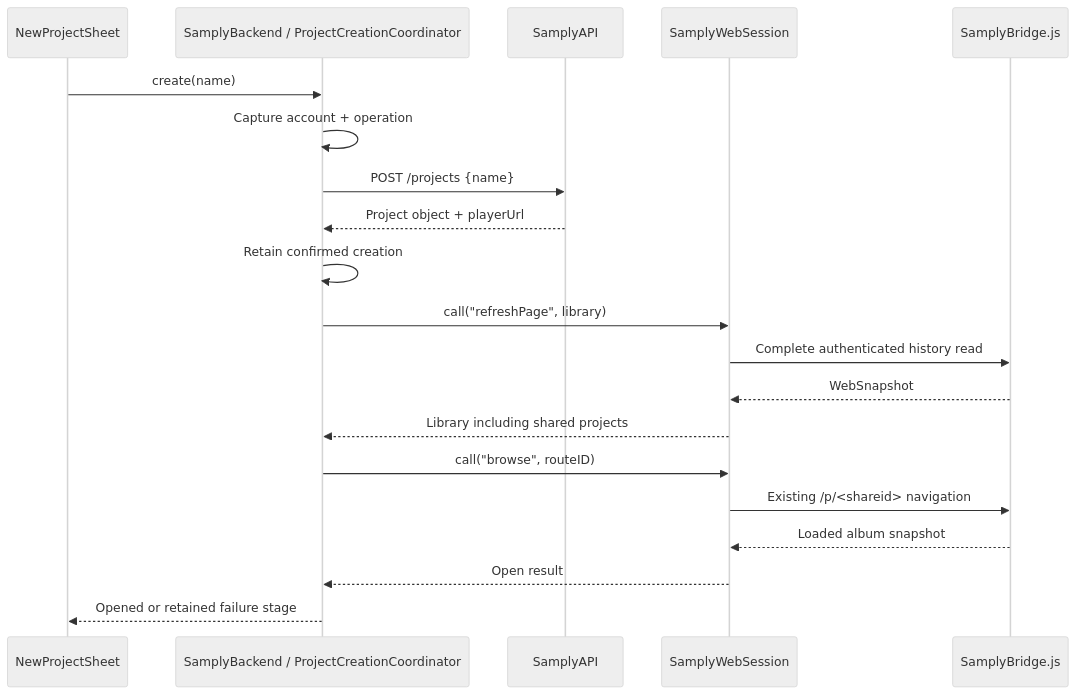
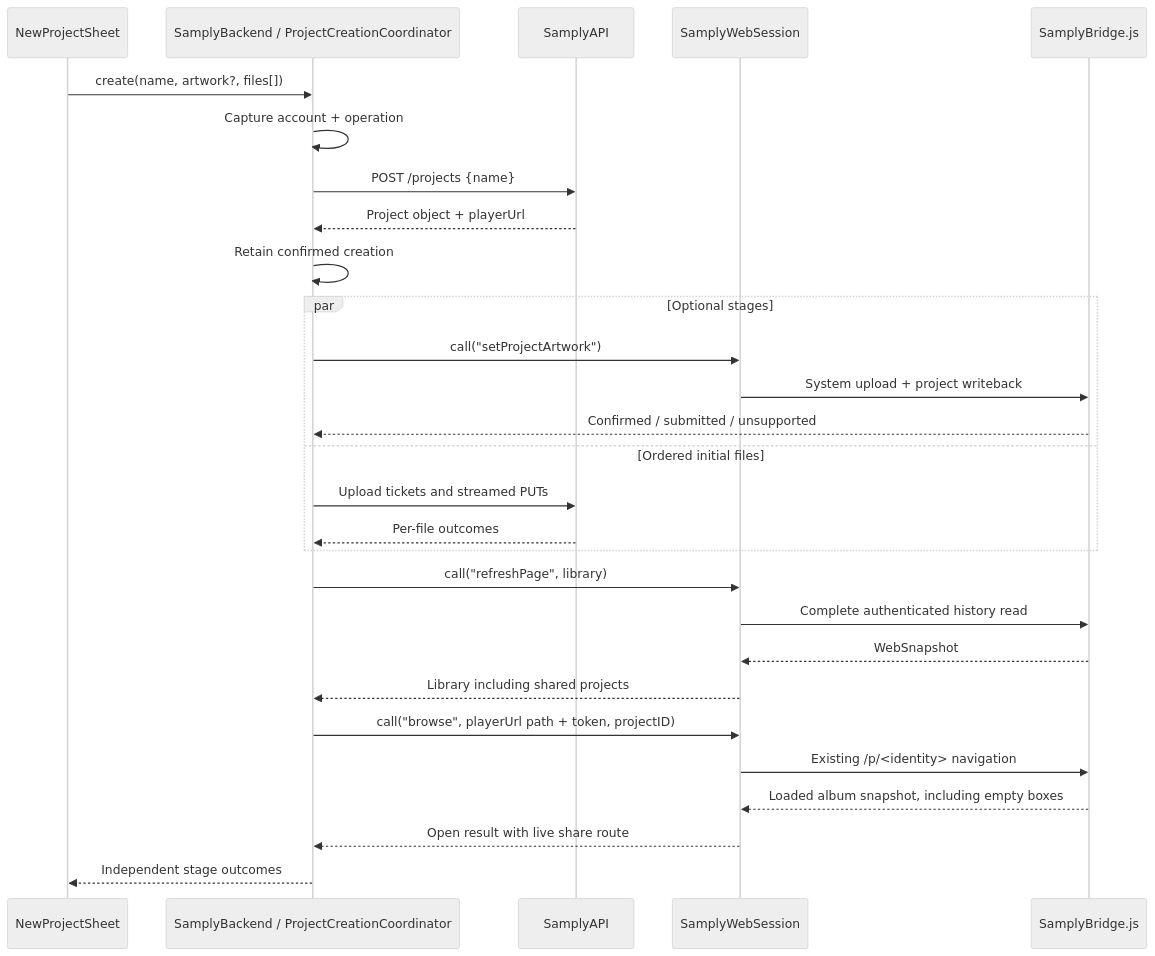
Before and after one commit to ChrisLloydME/Tunes: the third of 3 diagrams in Docs/Architecture.md, drawn with Mermaid (neutral theme). The commit also changed other lines of this file and 4 other files, not shown here.

Commit message:
docs: document artwork and staged project uploads

````diff
--- a/Docs/Architecture.md
+++ b/Docs/Architecture.md
@@ -131,22 +131,30 @@
 ```mermaid
 sequenceDiagram
     participant V as NewProjectSheet
     participant B as SamplyBackend / ProjectCreationCoordinator
     participant A as SamplyAPI
     participant W as SamplyWebSession
     participant J as SamplyBridge.js
-    V->>B: create(name)
+    V->>B: create(name, artwork?, files[])
     B->>B: Capture account + operation
     B->>A: POST /projects {name}
     A-->>B: Project object + playerUrl
     B->>B: Retain confirmed creation
+    par Optional stages
+        B->>W: call("setProjectArtwork")
+        W->>J: System upload + project writeback
+        J-->>B: Confirmed / submitted / unsupported
+    and Ordered initial files
+        B->>A: Upload tickets and streamed PUTs
+        A-->>B: Per-file outcomes
+    end
     B->>W: call("refreshPage", library)
     W->>J: Complete authenticated history read
     J-->>W: WebSnapshot
     W-->>B: Library including shared projects
-    B->>W: call("browse", routeID)
-    W->>J: Existing /p/<shareid> navigation
-    J-->>W: Loaded album snapshot
-    W-->>B: Open result
-    B-->>V: Opened or retained failure stage
+    B->>W: call("browse", playerUrl path + token, projectID)
+    W->>J: Existing /p/<identity> navigation
+    J-->>W: Loaded album snapshot, including empty boxes
+    W-->>B: Open result with live share route
+    B-->>V: Independent stage outcomes
 ```
````
